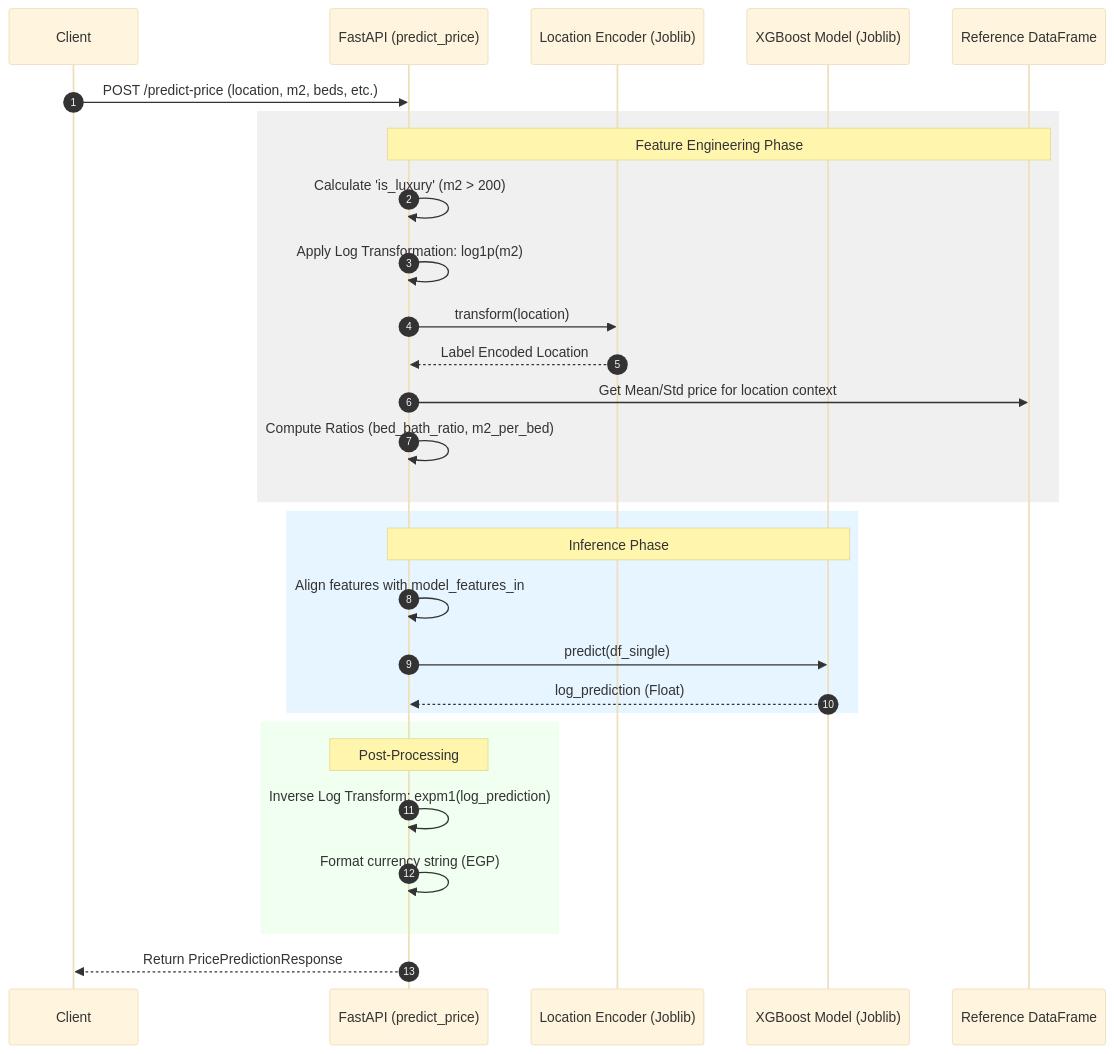
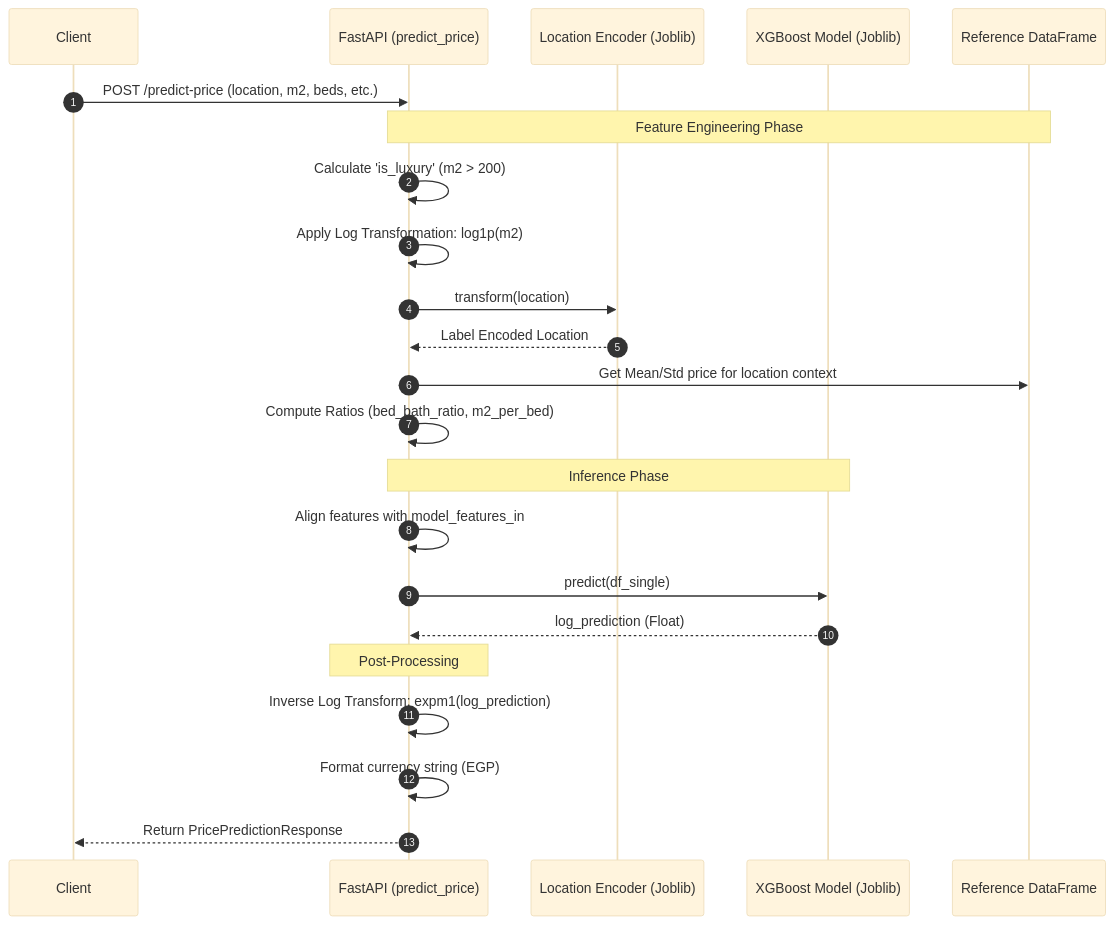
One commit to AhmedAyman4/nawy changed the fifth of 5 diagrams in README.md. Above: the diagram before and after it, drawn with Mermaid (base theme). The commit also changed other lines of this file, not shown here.

````diff
--- a/README.md
+++ b/README.md
@@ -321,36 +290,30 @@
 ```mermaid
 sequenceDiagram
     autonumber
     participant Client
     participant API as FastAPI (predict_price)
     participant Encoder as Location Encoder (Joblib)
     participant Model as XGBoost Model (Joblib)
     participant DF as Reference DataFrame
 
     Client->>API: POST /predict-price (location, m2, beds, etc.)
     
-    rect rgb(240, 240, 240)
     Note over API, DF: Feature Engineering Phase
     API->>API: Calculate 'is_luxury' (m2 > 200)
     API->>API: Apply Log Transformation: log1p(m2)
     API->>Encoder: transform(location)
     Encoder-->>API: Label Encoded Location
     API->>DF: Get Mean/Std price for location context
     API->>API: Compute Ratios (bed_bath_ratio, m2_per_bed)
-    end
 
-    rect rgb(230, 245, 255)
     Note over API, Model: Inference Phase
     API->>API: Align features with model_features_in
     API->>Model: predict(df_single)
     Model-->>API: log_prediction (Float)
-    end
 
-    rect rgb(240, 255, 240)
     Note over API: Post-Processing
     API->>API: Inverse Log Transform: expm1(log_prediction)
     API->>API: Format currency string (EGP)
-    end
 
     API-->>Client: Return PricePredictionResponse
 ```
````
